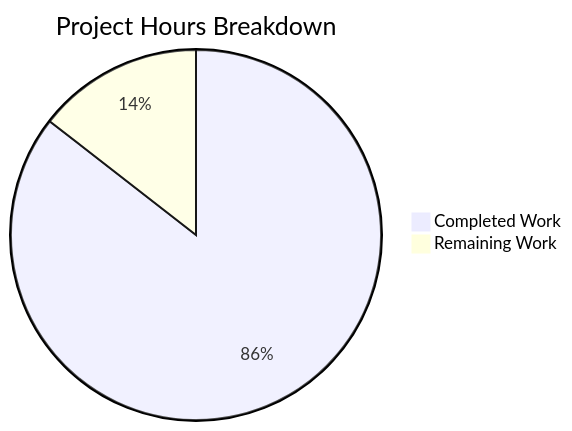
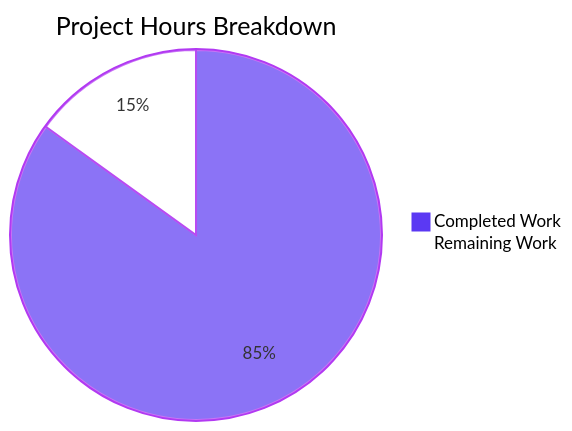
The second of 3 diagrams in blitzy/documentation/Project Guide.md (blitzy-public-samples/blitzy-kubernetes), drawn with Mermaid before and after one commit. The commit also changed other lines of this file, not shown here.

Commit message:
Adding Blitzy Project Guide: Project Status and Human Tasks Remaining

````diff
--- a/blitzy/documentation/Project Guide.md
+++ b/blitzy/documentation/Project Guide.md
@@ -174,5 +212,6 @@
 ```mermaid
+%%{init: {"themeVariables": {"pie1": "#5B39F3", "pie2": "#FFFFFF", "pieStrokeColor": "#B23AF2", "pieOuterStrokeColor": "#B23AF2"}}}%%
 pie title Project Hours Breakdown
-    "Completed Work" : 124
-    "Remaining Work" : 21
+    "Completed Work" : 141
+    "Remaining Work" : 25
 ```
````
